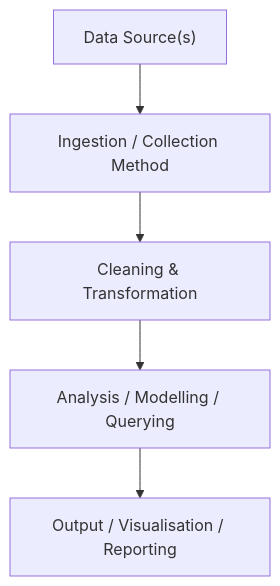
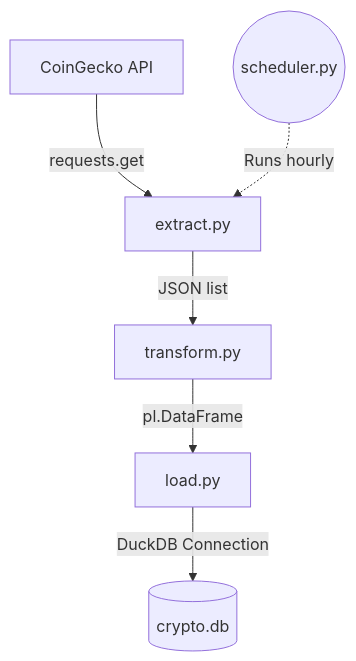
One commit to jack2000-dev/crypto-market-dashboard-pipeline changed the diagram in reports/REPORT.md. Above: the diagram before and after it, drawn with Mermaid. The commit also changed other lines of this file and 13 other files, not shown here.

````diff
--- a/reports/REPORT.md
+++ b/reports/REPORT.md
@@ -212,7 +118,8 @@
 ```mermaid
 flowchart TD
-    A["Data Source(s)"] --> B[Ingestion / Collection Method]
-    B --> C[Cleaning & Transformation]
-    C --> D[Analysis / Modelling / Querying]
-    D --> E[Output / Visualisation / Reporting]
+    A["CoinGecko API"] -->|requests.get| B[extract.py]
+    B -->|JSON list| C[transform.py]
+    C -->|pl.DataFrame| D[load.py]
+    D -->|DuckDB Connection| E[(crypto.db)]
+    F((scheduler.py)) -.->|Runs hourly| B
 ```
````
